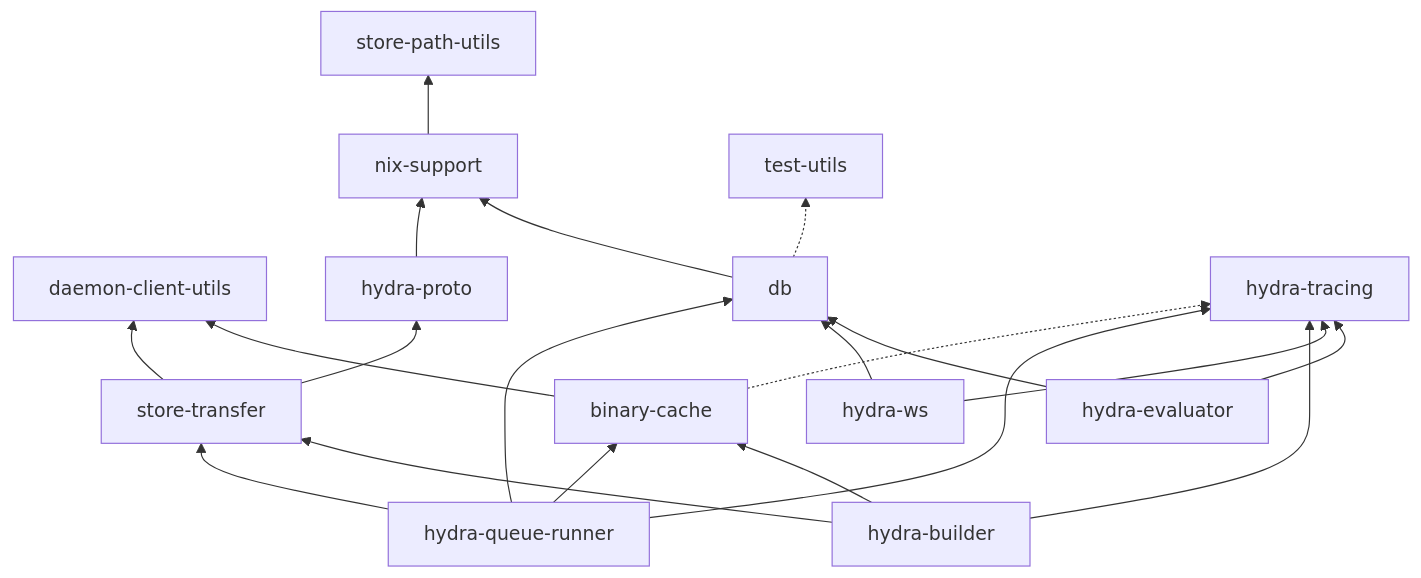
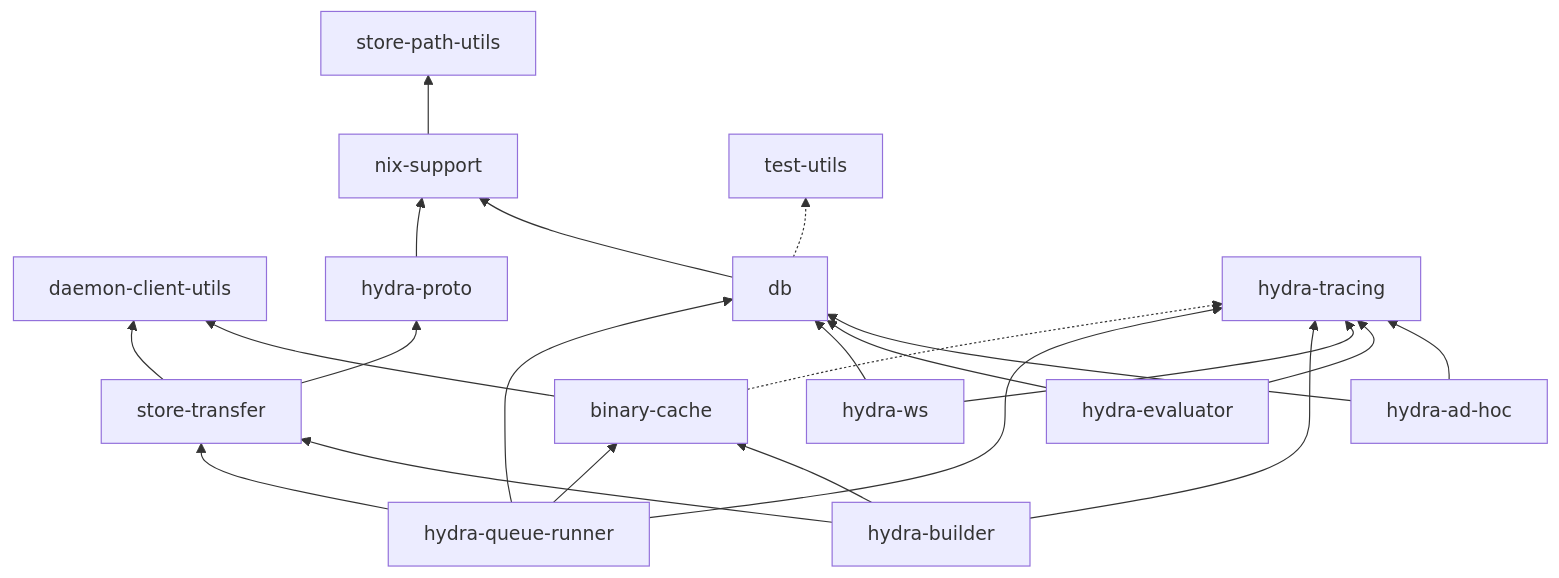
One commit to NixOS/hydra changed the diagram in subprojects/hydra-manual/src/architecture.md. Above: the diagram before and after it, drawn with Mermaid. The commit also changed other lines of this file and 28 other files, not shown here.

First line of the commit message:
`hydra-ad-hoc`: Hydra as one giant nix daemon (new, optional, experimental)

````diff
--- a/subprojects/hydra-manual/src/architecture.md
+++ b/subprojects/hydra-manual/src/architecture.md
@@ -66,22 +72,24 @@
 ```mermaid
 graph BT
     binary-cache --> daemon-client-utils
     nix-support --> store-path-utils
     db --> nix-support
     hydra-proto --> nix-support
+    hydra-ad-hoc --> db
+    hydra-ad-hoc --> hydra-tracing
     hydra-evaluator --> db
     hydra-evaluator --> hydra-tracing
     hydra-ws --> db
     hydra-ws --> hydra-tracing
     store-transfer --> daemon-client-utils
     store-transfer --> hydra-proto
     hydra-builder --> binary-cache
     hydra-builder --> hydra-tracing
     hydra-builder --> store-transfer
     hydra-queue-runner --> binary-cache
     hydra-queue-runner --> db
     hydra-queue-runner --> hydra-tracing
     hydra-queue-runner --> store-transfer
     binary-cache -.-> hydra-tracing
     db -.-> test-utils
 ```
````
